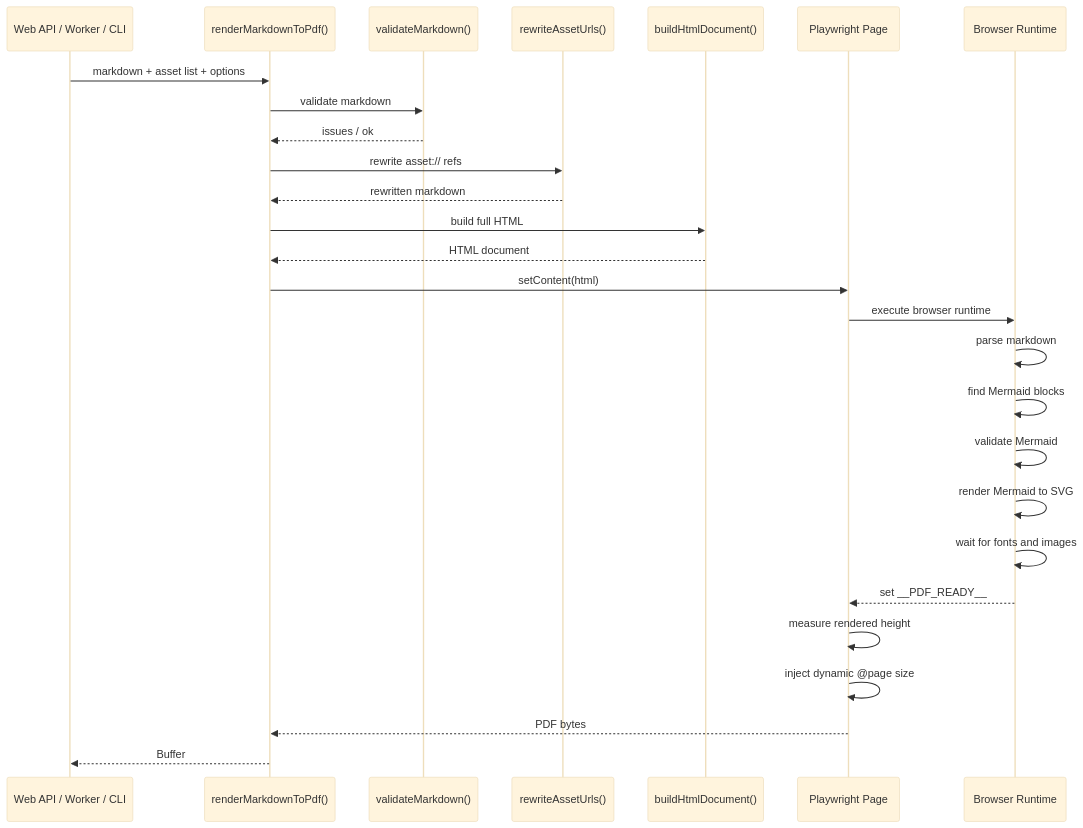
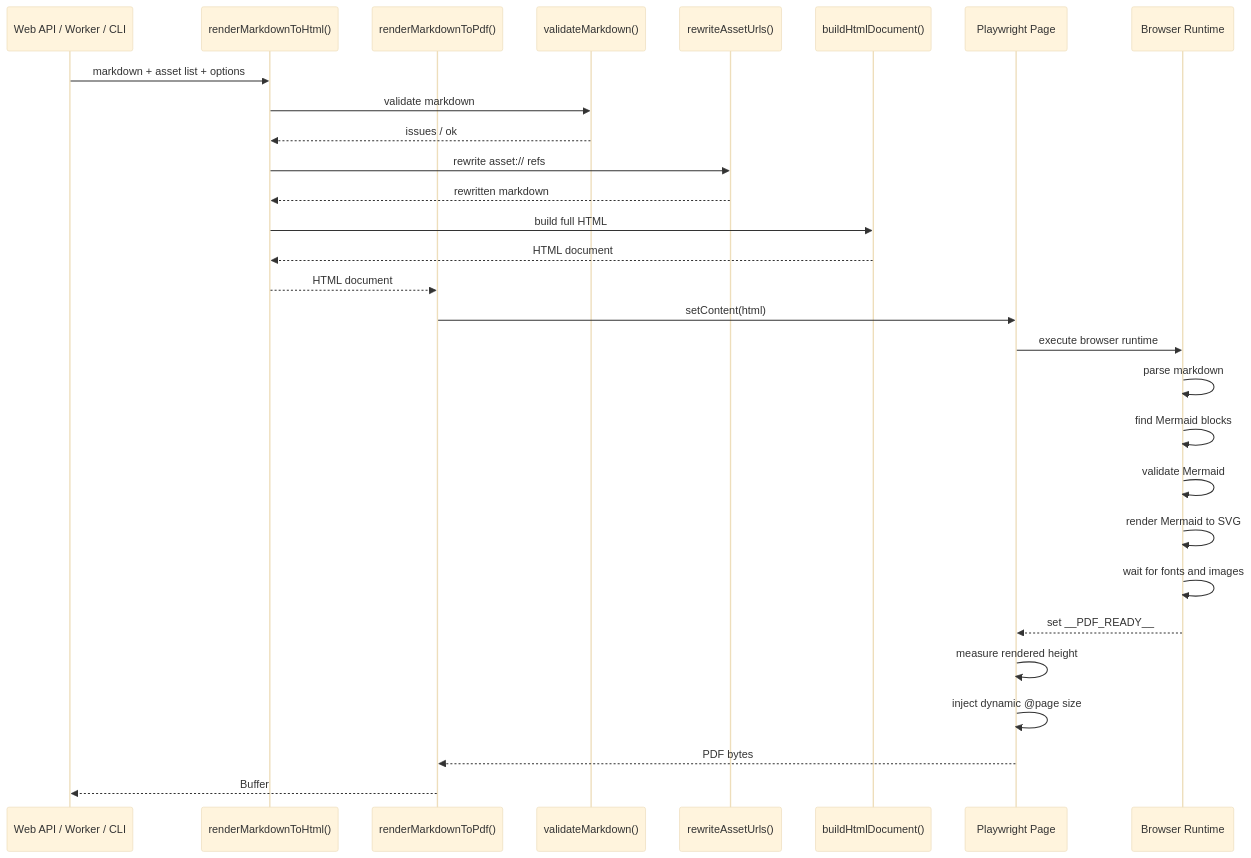
Before and after one commit to armaanx/md2pdf: the third of 12 diagrams in docs/architecture-guide.md, drawn with Mermaid (base theme). The commit also changed other lines of this file and 18 other files, not shown here.

Commit message:
docs: update setup and architecture guides

````diff
--- a/docs/architecture-guide.md
+++ b/docs/architecture-guide.md
@@ -299,30 +325,32 @@
 ```mermaid
 sequenceDiagram
   participant Caller as Web API / Worker / CLI
+  participant Html as renderMarkdownToHtml()
   participant Render as renderMarkdownToPdf()
   participant Validate as validateMarkdown()
   participant Assets as rewriteAssetUrls()
   participant Template as buildHtmlDocument()
   participant PW as Playwright Page
   participant Runtime as Browser Runtime
 
-  Caller->>Render: markdown + asset list + options
-  Render->>Validate: validate markdown
-  Validate-->>Render: issues / ok
-  Render->>Assets: rewrite asset:// refs
-  Assets-->>Render: rewritten markdown
-  Render->>Template: build full HTML
-  Template-->>Render: HTML document
+  Caller->>Html: markdown + asset list + options
+  Html->>Validate: validate markdown
+  Validate-->>Html: issues / ok
+  Html->>Assets: rewrite asset:// refs
+  Assets-->>Html: rewritten markdown
+  Html->>Template: build full HTML
+  Template-->>Html: HTML document
+  Html-->>Render: HTML document
   Render->>PW: setContent(html)
   PW->>Runtime: execute browser runtime
   Runtime->>Runtime: parse markdown
   Runtime->>Runtime: find Mermaid blocks
   Runtime->>Runtime: validate Mermaid
   Runtime->>Runtime: render Mermaid to SVG
   Runtime->>Runtime: wait for fonts and images
   Runtime-->>PW: set __PDF_READY__
   PW->>PW: measure rendered height
   PW->>PW: inject dynamic @page size
   PW-->>Render: PDF bytes
   Render-->>Caller: Buffer
 ```
````
